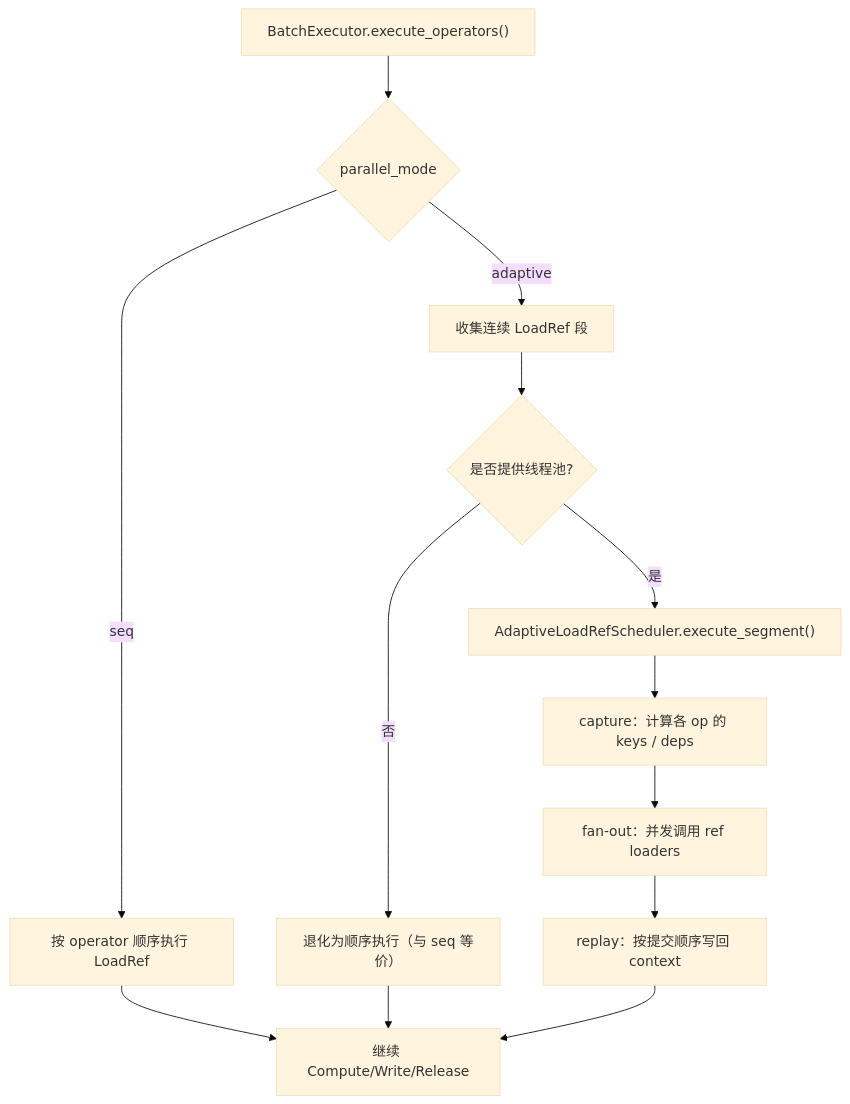
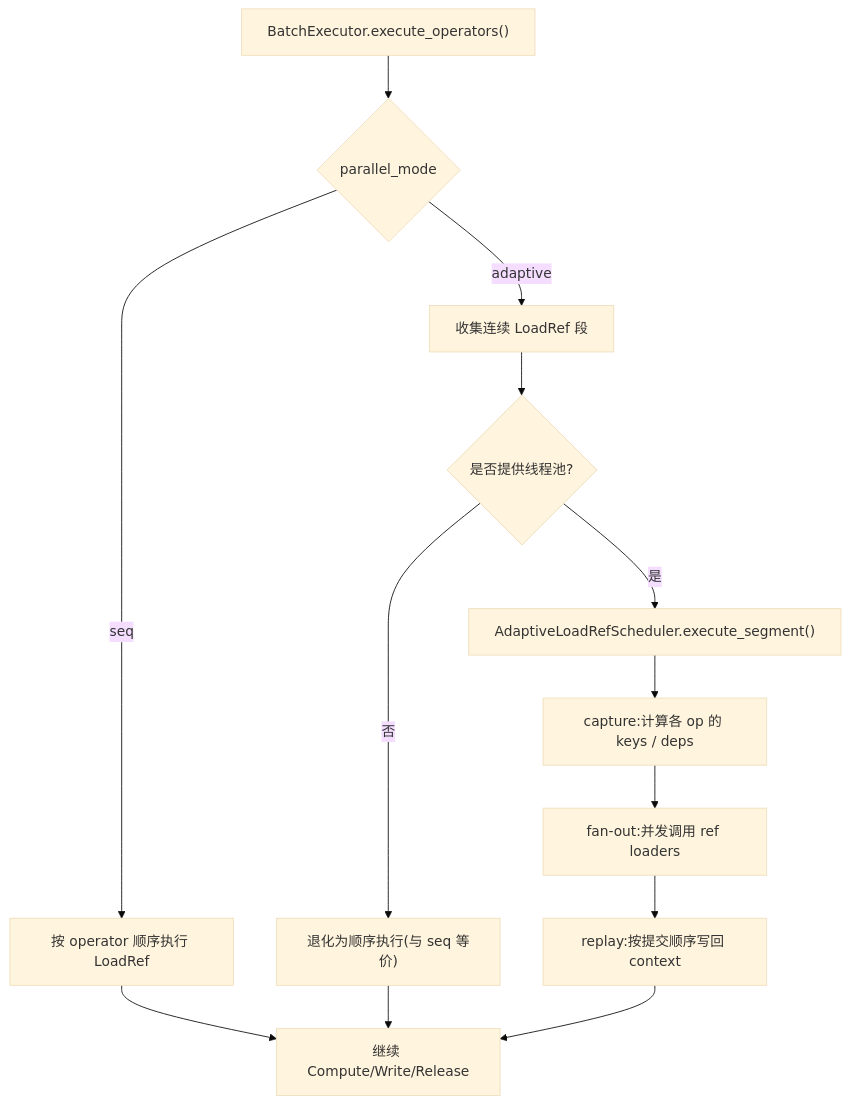
Before and after one commit to StrayDragon/scalim: the third of 4 diagrams in docs/index.md, drawn with Mermaid (base theme). The commit also changed other lines of this file and 84 other files, not shown here.

````diff
--- a/docs/index.md
+++ b/docs/index.md
@@ -264,17 +264,17 @@
 ```mermaid
 flowchart TD
   Start["BatchExecutor.execute_operators()"] --> Mode{parallel_mode}
   Mode -->|seq| Seq["按 operator 顺序执行 LoadRef"]
 
   Mode -->|adaptive| Group["收集连续 LoadRef 段"]
   Group --> Pool{是否提供线程池?}
-  Pool -->|否| Fallback["退化为顺序执行（与 seq 等价）"]
+  Pool -->|否| Fallback["退化为顺序执行(与 seq 等价)"]
   Pool -->|是| Sched["AdaptiveLoadRefScheduler.execute_segment()"]
-  Sched --> Capture["capture：计算各 op 的 keys / deps"]
-  Capture --> FanOut["fan-out：并发调用 ref loaders"]
-  FanOut --> Replay["replay：按提交顺序写回 context"]
+  Sched --> Capture["capture:计算各 op 的 keys / deps"]
+  Capture --> FanOut["fan-out:并发调用 ref loaders"]
+  FanOut --> Replay["replay:按提交顺序写回 context"]
 
   Seq --> Continue["继续 Compute/Write/Release"]
   Fallback --> Continue
   Replay --> Continue
 ```
````
